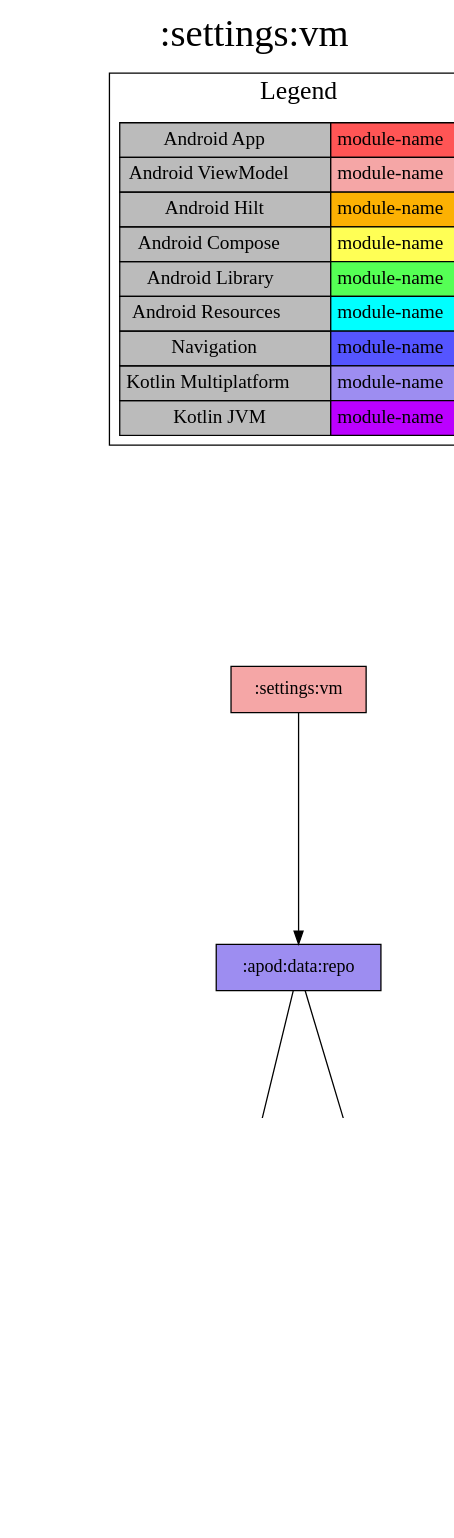
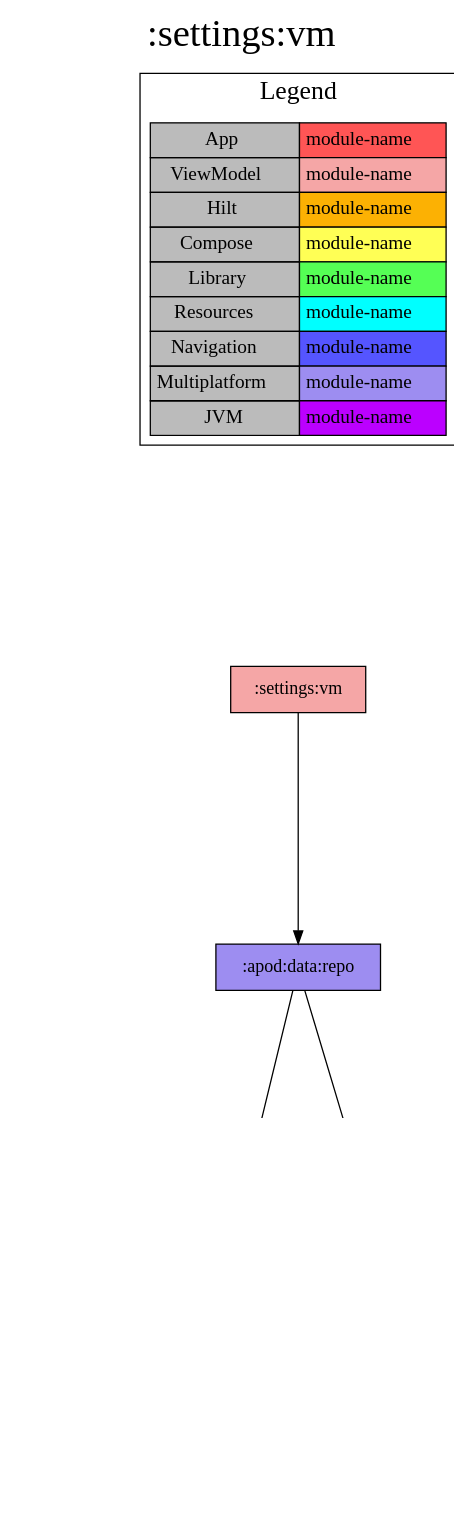
Before and after one commit to jonapoul/nasa-android: the diagram in modules/settings/vm/project-dependency-graph.dot, drawn with Graphviz. The commit also changed 236 other files, not shown here.

```diff
--- a/modules/settings/vm/project-dependency-graph.dot
+++ b/modules/settings/vm/project-dependency-graph.dot
@@ -1,39 +1,39 @@
 digraph {
 edge ["dir"="forward"]
 graph ["dpi"="100","label"=":settings:vm","labelloc"="t","fontsize"="30","ranksep"="2.5","rankdir"="TB"]
 node ["style"="filled"]
 ":settings:vm" ["fillcolor"="#F5A6A6","shape"="box"]
 ":apod:data:repo" ["fillcolor"="#9D8DF1","shape"="box"]
-":apod:data:api" ["fillcolor"="#BB00FF","shape"="box"]
+":apod:data:api" ["fillcolor"="#9D8DF1","shape"="box"]
 ":apod:model" ["fillcolor"="#BB00FF","shape"="box"]
 ":core:model" ["fillcolor"="#BB00FF","shape"="box"]
 ":db" ["fillcolor"="#9D8DF1","shape"="box"]
 ":gallery:model" ["fillcolor"="#BB00FF","shape"="box"]
 {
 edge ["dir"="none"]
 graph ["rank"="same"]
 }
 ":settings:vm" -> ":apod:data:repo"
 ":apod:data:repo" -> ":apod:data:api"
 ":apod:data:repo" -> ":db"
 ":apod:data:api" -> ":apod:model"
 ":apod:data:api" -> ":core:model"
 ":db" -> ":gallery:model"
 subgraph "cluster_legend" {
 edge ["dir"="none"]
 graph ["label"="Legend","fontsize"="20"]
 "Legend" ["style"="filled","fillcolor"="#bbbbbb","shape"="none","margin"="0","fontsize"="15","label"=<
 <TABLE BORDER="0" CELLBORDER="1" CELLSPACING="0" CELLPADDING="4">
-<TR><TD>Android App</TD><TD BGCOLOR="#FF5555">module-name</TD></TR>
-<TR><TD>Android ViewModel</TD><TD BGCOLOR="#F5A6A6">module-name</TD></TR>
-<TR><TD>Android Hilt</TD><TD BGCOLOR="#FCB103">module-name</TD></TR>
-<TR><TD>Android Compose</TD><TD BGCOLOR="#FFFF55">module-name</TD></TR>
-<TR><TD>Android Library</TD><TD BGCOLOR="#55FF55">module-name</TD></TR>
-<TR><TD>Android Resources</TD><TD BGCOLOR="#00FFFF">module-name</TD></TR>
+<TR><TD>App</TD><TD BGCOLOR="#FF5555">module-name</TD></TR>
+<TR><TD>ViewModel</TD><TD BGCOLOR="#F5A6A6">module-name</TD></TR>
+<TR><TD>Hilt</TD><TD BGCOLOR="#FCB103">module-name</TD></TR>
+<TR><TD>Compose</TD><TD BGCOLOR="#FFFF55">module-name</TD></TR>
+<TR><TD>Library</TD><TD BGCOLOR="#55FF55">module-name</TD></TR>
+<TR><TD>Resources</TD><TD BGCOLOR="#00FFFF">module-name</TD></TR>
 <TR><TD>Navigation</TD><TD BGCOLOR="#5555FF">module-name</TD></TR>
-<TR><TD>Kotlin Multiplatform</TD><TD BGCOLOR="#9D8DF1">module-name</TD></TR>
-<TR><TD>Kotlin JVM</TD><TD BGCOLOR="#BB00FF">module-name</TD></TR>
+<TR><TD>Multiplatform</TD><TD BGCOLOR="#9D8DF1">module-name</TD></TR>
+<TR><TD>JVM</TD><TD BGCOLOR="#BB00FF">module-name</TD></TR>
 </TABLE>
 >]
 } -> ":settings:vm" ["style"="invis"]
 }
```
